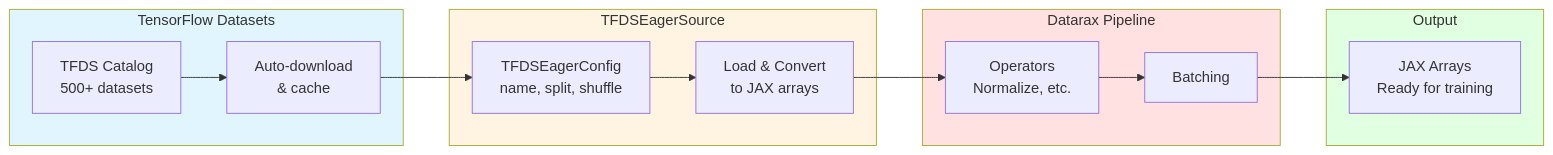
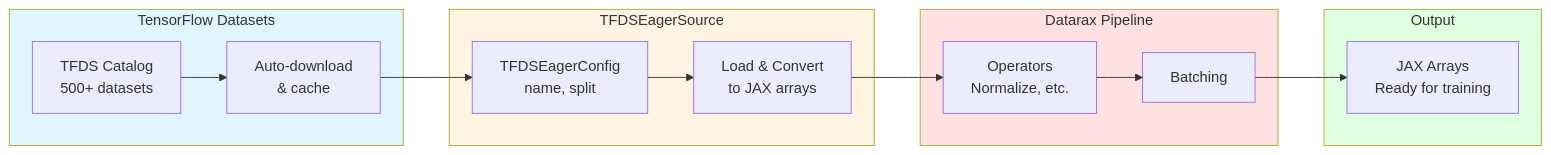
One commit to avitai/datarax changed the diagram in docs/examples/integration/tfds/tfds-quickref.md. Above: the diagram before and after it, drawn with Mermaid. The commit also changed other lines of this file and 174 other files, not shown here.

````diff
--- a/docs/examples/integration/tfds/tfds-quickref.md
+++ b/docs/examples/integration/tfds/tfds-quickref.md
@@ -229,33 +230,33 @@
 ```mermaid
 flowchart LR
     subgraph TFDS["TensorFlow Datasets"]
         Catalog[TFDS Catalog<br/>500+ datasets]
         Download[Auto-download<br/>& cache]
     end
 
     subgraph Source["TFDSEagerSource"]
-        Config[TFDSEagerConfig<br/>name, split, shuffle]
+        Config[TFDSEagerConfig<br/>name, split]
         Load[Load & Convert<br/>to JAX arrays]
     end
 
     subgraph Pipeline["Datarax Pipeline"]
         Op[Operators<br/>Normalize, etc.]
         Batch[Batching]
     end
 
     subgraph Output["Output"]
         JAX[JAX Arrays<br/>Ready for training]
     end
 
     Catalog --> Download
     Download --> Config
     Config --> Load
     Load --> Op
     Op --> Batch
     Batch --> JAX
 
     style TFDS fill:#e1f5ff
     style Source fill:#fff4e1
     style Pipeline fill:#ffe1e1
     style Output fill:#e1ffe1
 ```
````
